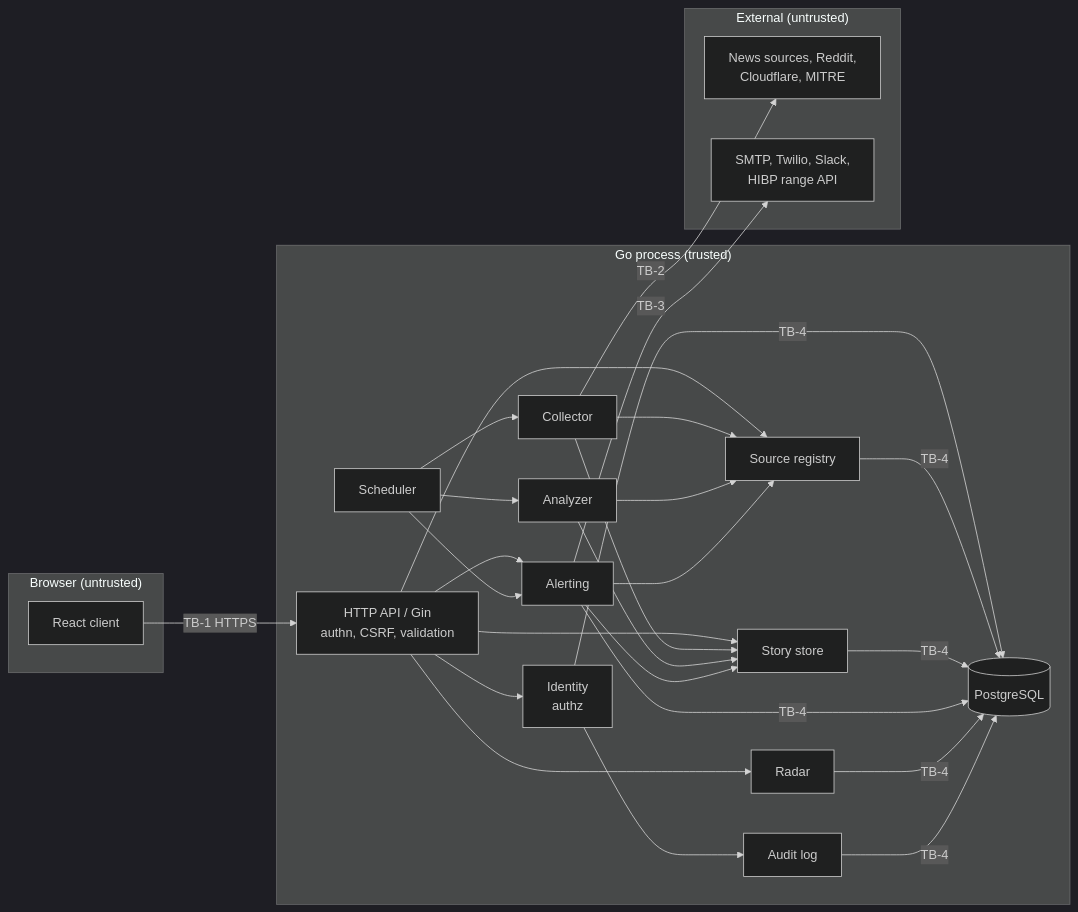
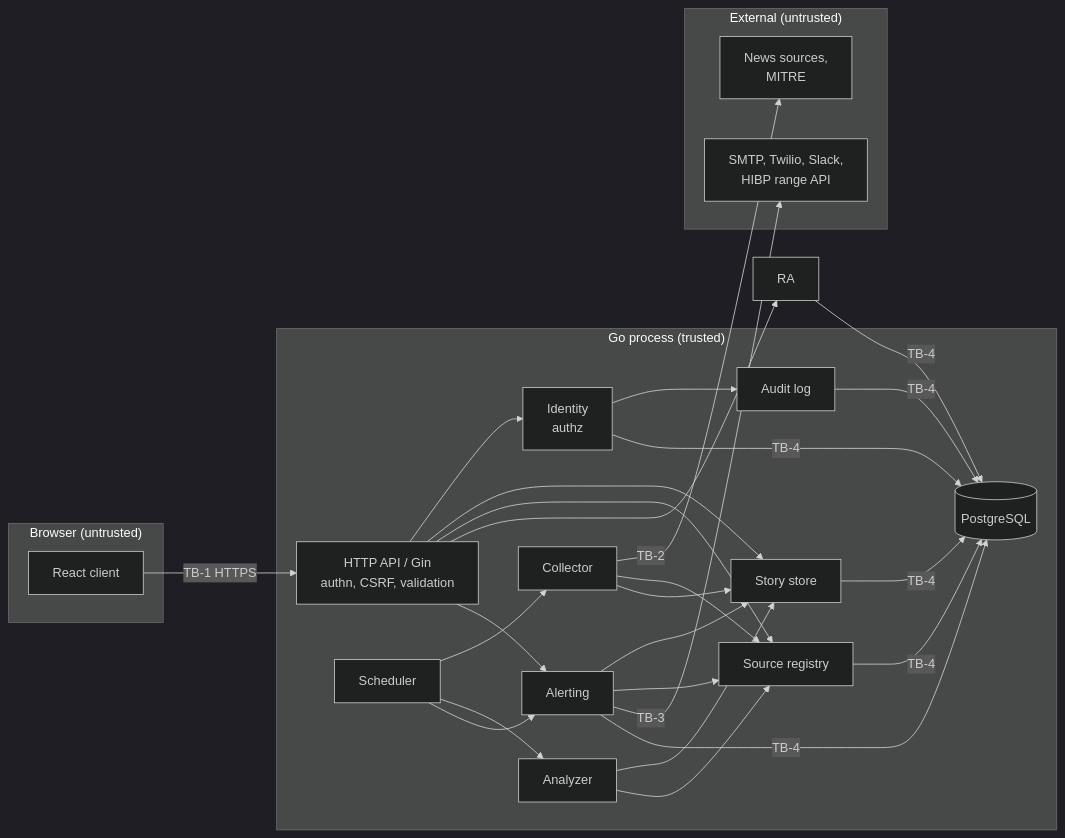
Before and after one commit to Dano-SanDog/good-morning-breach: the diagram in ARCHITECTURE.md, drawn with Mermaid (dark theme). The commit also changed other lines of this file and 5 other files, not shown here.

First line of the commit message:
Drop ACSC, Reddit, Cloudflare, EPSS, Vulnrichment, and abuse.ch from scope (#6)

````diff
--- a/ARCHITECTURE.md
+++ b/ARCHITECTURE.md
@@ -113,34 +112,33 @@
 ```mermaid
 flowchart LR
   subgraph Browser["Browser (untrusted)"]
     UI[React client]
   end
   subgraph Server["Go process (trusted)"]
     API[HTTP API / Gin<br/>authn, CSRF, validation]
     ID[Identity<br/>authz]
     SR[Source registry]
     ST[Story store]
     AN[Analyzer]
     CO[Collector]
     AL[Alerting]
-    RA[Radar]
     AU[Audit log]
     SC[Scheduler]
     DB[(PostgreSQL)]
   end
   subgraph External["External (untrusted)"]
-    SRC[News sources, Reddit,<br/>Cloudflare, MITRE]
+    SRC[News sources,<br/>MITRE]
     PRV[SMTP, Twilio, Slack,<br/>HIBP range API]
   end
   UI -- TB-1 HTTPS --> API
   API --> ID
   API --> ST & SR & RA & AL
   ID --> AU
   SC --> CO & AN & AL
   CO -- TB-2 --> SRC
   CO --> SR & ST
   AN --> ST & SR
   AL --> ST & SR
   AL -- TB-3 --> PRV
   ID & SR & ST & AL & RA & AU -- TB-4 --> DB
 ```
````
